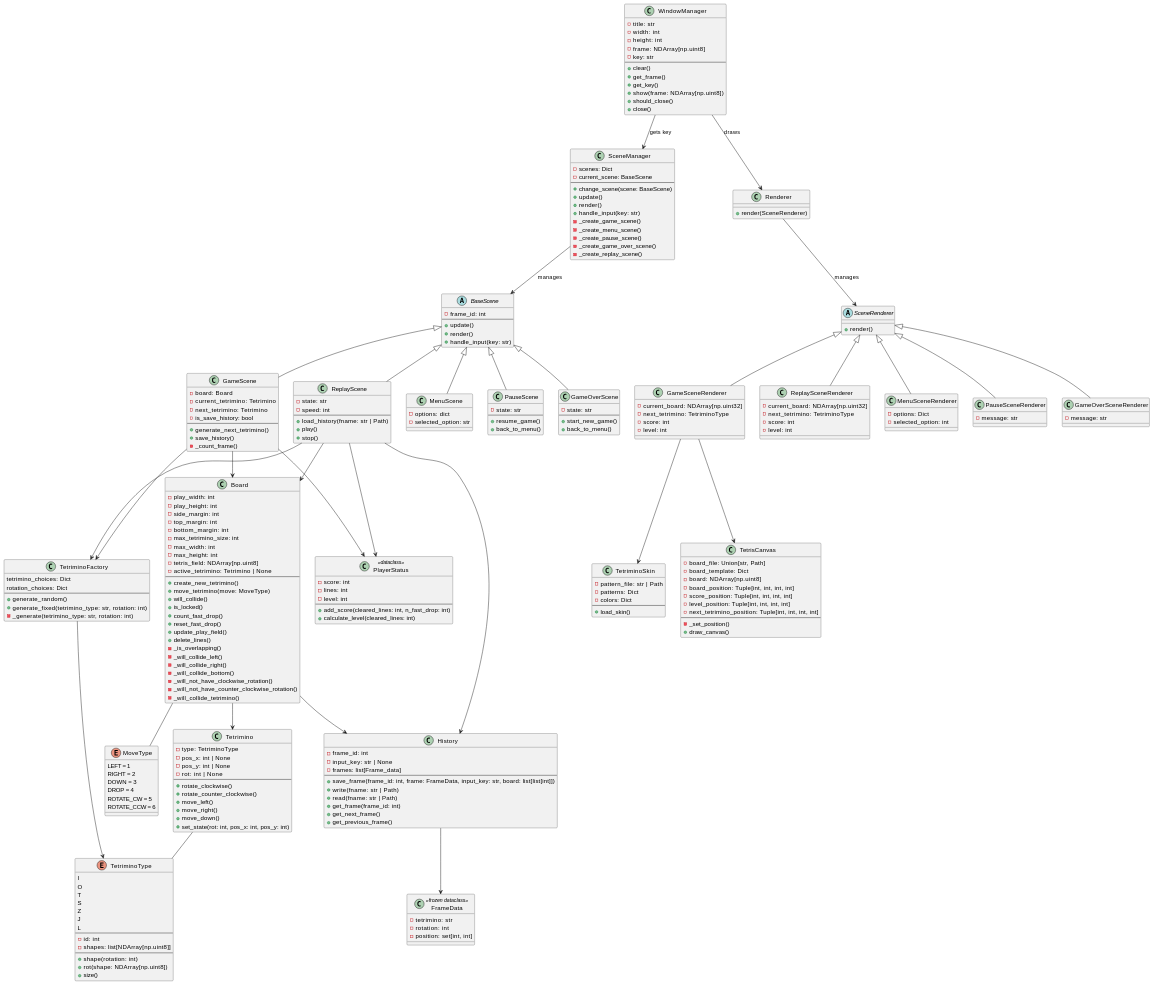
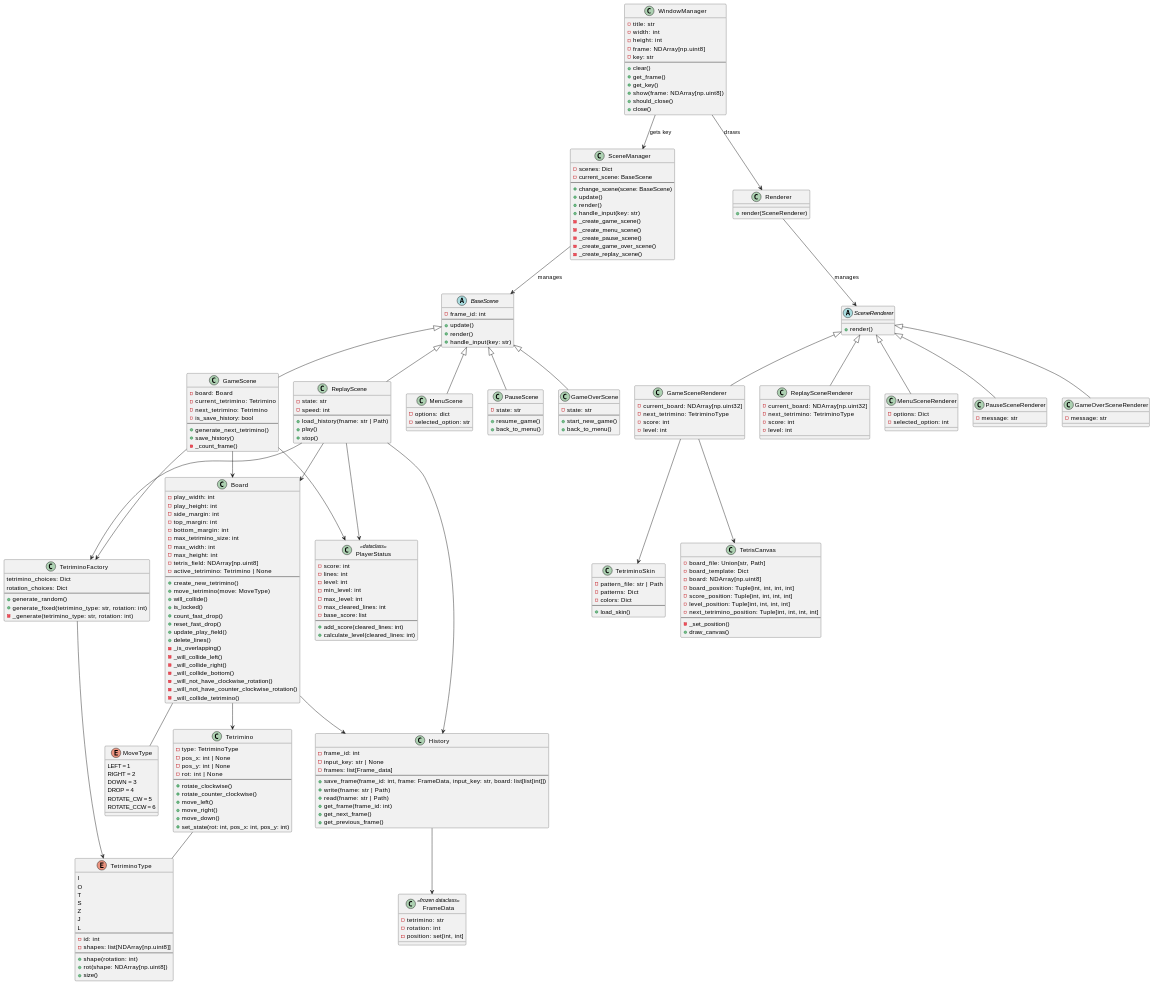
Before and after one commit to tsuzuki-nekozuki/python-tetris: the diagram in README.md, drawn with PlantUML. The commit also changed 2 other files, not shown here.

Commit message:
add PlayerStatus

```diff
--- a/README.md
+++ b/README.md
@@ -170,8 +170,12 @@
     - score: int
     - lines: int
     - level: int
+    - min_level: int
+    - max_level: int
+    - max_cleared_lines: int
+    - base_score: list
     ---
-    + add_score(cleared_lines: int, n_fast_drop: int)
+    + add_score(cleared_lines: int)
     + calculate_level(cleared_lines: int)
 }
 
```
